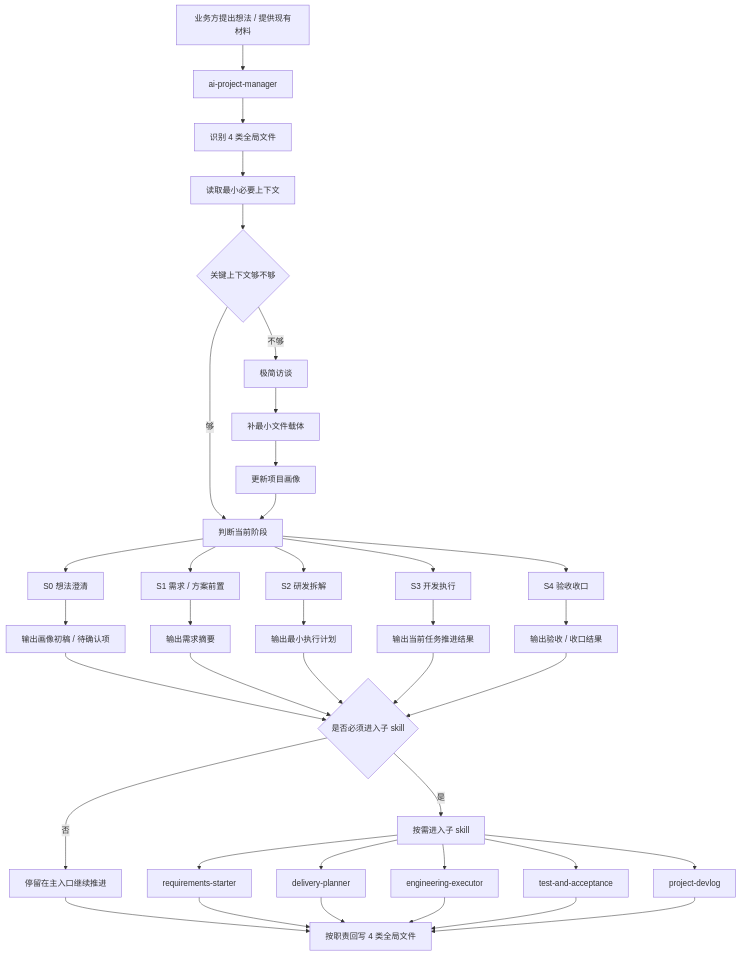
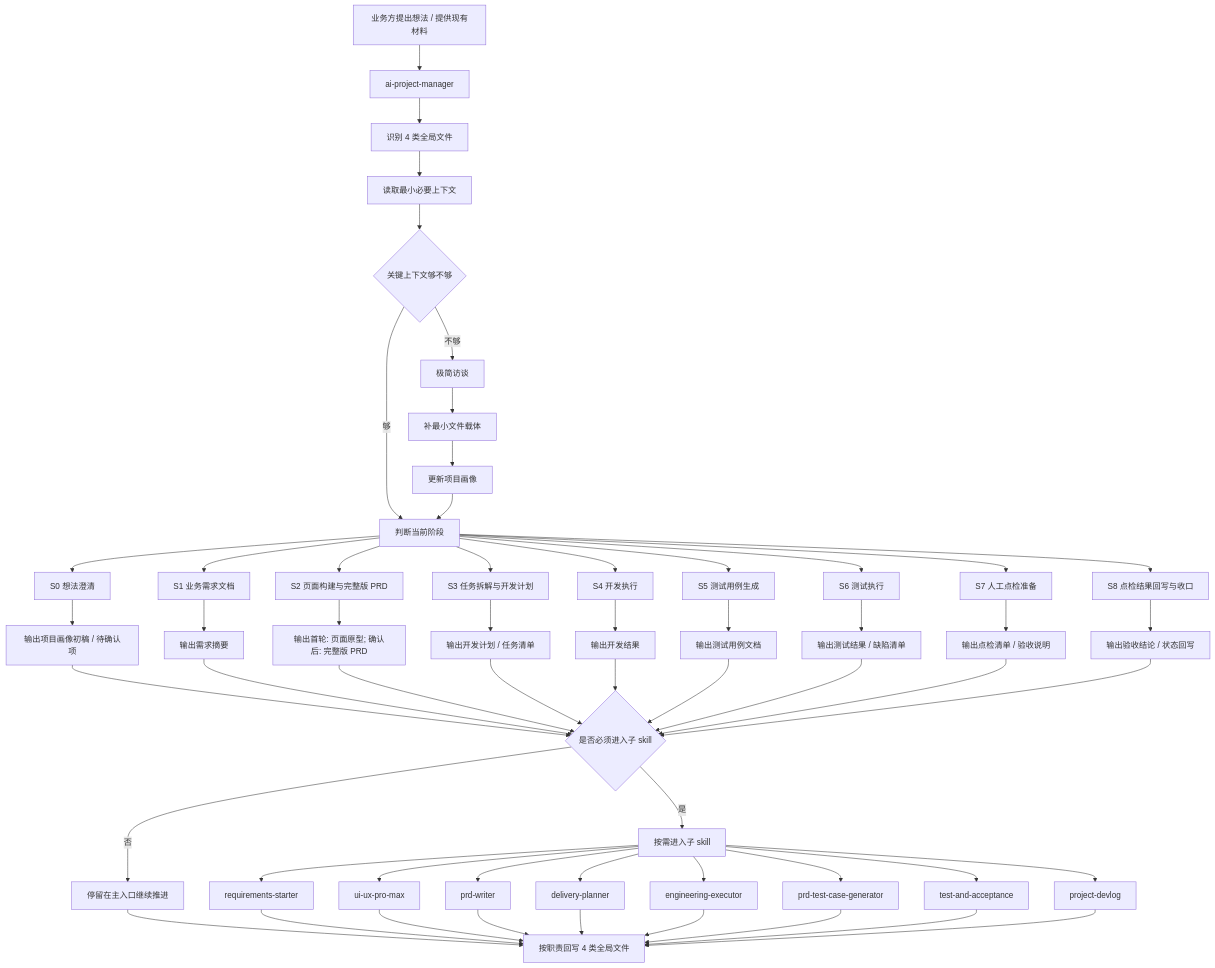
Before and after one commit to KeithChen51/SPACE-Coder: the diagram in project-manager-suite/docs/design/project-progression-workflow.md, drawn with Mermaid. The commit also changed other lines of this file and 4 other files, not shown here.

````diff
--- a/project-manager-suite/docs/design/project-progression-workflow.md
+++ b/project-manager-suite/docs/design/project-progression-workflow.md
@@ -16,49 +16,67 @@
 ```mermaid
 flowchart TD
     U[业务方提出想法 / 提供现有材料] --> A[ai-project-manager]
 
     A --> B[识别 4 类全局文件]
     B --> C[读取最小必要上下文]
     C --> D{关键上下文够不够}
 
     D -- 不够 --> E[极简访谈]
     E --> F[补最小文件载体]
     F --> G[更新项目画像]
 
     D -- 够 --> H[判断当前阶段]
     G --> H
 
     H --> S0[S0 想法澄清]
-    H --> S1[S1 需求 / 方案前置]
-    H --> S2[S2 研发拆解]
-    H --> S3[S3 开发执行]
-    H --> S4[S4 验收收口]
+    H --> S1[S1 业务需求文档]
+    H --> S2[S2 页面构建与完整版 PRD]
+    H --> S3[S3 任务拆解与开发计划]
+    H --> S4[S4 开发执行]
+    H --> S5[S5 测试用例生成]
+    H --> S6[S6 测试执行]
+    H --> S7[S7 人工点检准备]
+    H --> S8[S8 点检结果回写与收口]
 
-    S0 --> O1[输出画像初稿 / 待确认项]
+    S0 --> O1[输出项目画像初稿 / 待确认项]
     S1 --> O2[输出需求摘要]
-    S2 --> O3[输出最小执行计划]
-    S3 --> O4[输出当前任务推进结果]
-    S4 --> O5[输出验收 / 收口结果]
+    S2 --> O3[输出首轮: 页面原型; 确认后: 完整版 PRD]
+    S3 --> O4[输出开发计划 / 任务清单]
+    S4 --> O5[输出开发结果]
+    S5 --> O6[输出测试用例文档]
+    S6 --> O7[输出测试结果 / 缺陷清单]
+    S7 --> O8[输出点检清单 / 验收说明]
+    S8 --> O9[输出验收结论 / 状态回写]
 
     O1 --> R{是否必须进入子 skill}
     O2 --> R
     O3 --> R
     O4 --> R
     O5 --> R
+    O6 --> R
+    O7 --> R
+    O8 --> R
+    O9 --> R
 
     R -- 否 --> W[停留在主入口继续推进]
     R -- 是 --> K[按需进入子 skill]
 
     K --> RS[requirements-starter]
+    K --> UX[ui-ux-pro-max]
+    K --> PW[prd-writer]
     K --> DP[delivery-planner]
     K --> EE[engineering-executor]
+    K --> TC[prd-test-case-generator]
     K --> TA[test-and-acceptance]
     K --> DL[project-devlog]
 
     W --> X[按职责回写 4 类全局文件]
     RS --> X
+    UX --> X
+    PW --> X
     DP --> X
     EE --> X
+    TC --> X
     TA --> X
     DL --> X
 ```
````
